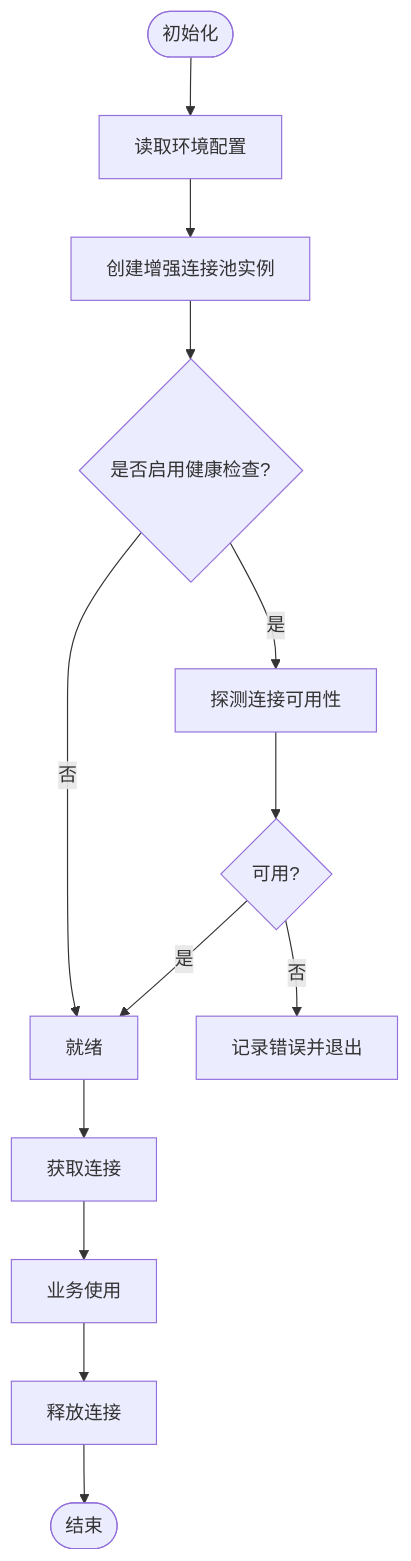
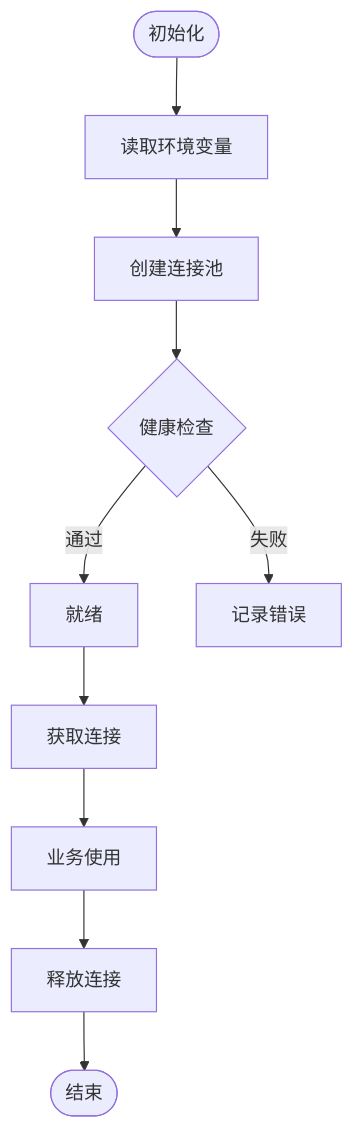
The third of 4 diagrams in .qoder/repowiki/zh/content/数据流与状态管理/数据持久化层.md (Maki3991/study-PactLedger), drawn with Mermaid before and after one commit. The commit also changed other lines of this file and 8 other files, not shown here.

````diff
--- a/.qoder/repowiki/zh/content/数据流与状态管理/数据持久化层.md
+++ b/.qoder/repowiki/zh/content/数据流与状态管理/数据持久化层.md
@@ -196,15 +150,12 @@
 ```mermaid
 flowchart TD
-Start(["初始化"]) --> ReadEnv["读取环境配置"]
-ReadEnv --> CreatePool["创建增强连接池实例"]
-CreatePool --> HealthCheck{"是否启用健康检查?"}
-HealthCheck --> |是| Probe["探测连接可用性"]
-HealthCheck --> |否| Ready["就绪"]
-Probe --> ProbeOK{"可用?"}
-ProbeOK --> |否| Error["记录错误并退出"]
-ProbeOK --> |是| Ready
+Start(["初始化"]) --> ReadEnv["读取环境变量"]
+ReadEnv --> CreatePool["创建连接池"]
+CreatePool --> HealthCheck{"健康检查"}
+HealthCheck --> |通过| Ready["就绪"]
+HealthCheck --> |失败| Error["记录错误"]
 Ready --> GetConn["获取连接"]
 GetConn --> Use["业务使用"]
 Use --> Release["释放连接"]
 Release --> End(["结束"])
 ```
````
